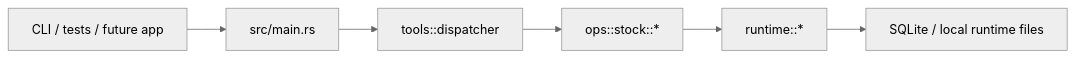
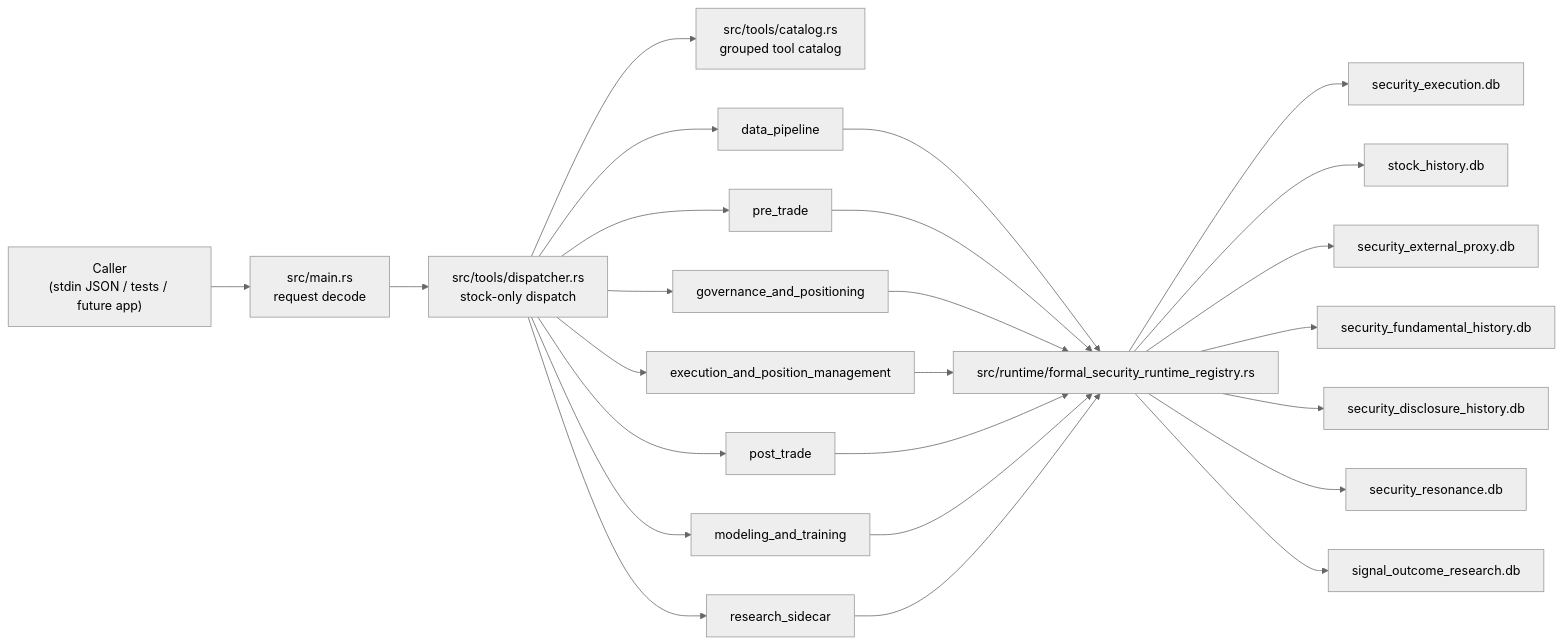
Before and after one commit to wakeskuld1-ctrl/StockMind: the diagram in README.md, drawn with Mermaid (neutral theme). The commit also changed other lines of this file and 44 other files, not shown here.

````diff
--- a/README.md
+++ b/README.md
@@ -9,8 +16,29 @@
 ```mermaid
 flowchart LR
-    Caller["CLI / tests / future app"] --> Main["src/main.rs"]
-    Main --> Dispatcher["tools::dispatcher"]
-    Dispatcher --> Stock["ops::stock::*"]
-    Stock --> Runtime["runtime::*"]
-    Runtime --> DB["SQLite / local runtime files"]
+    Caller["Caller\n(stdin JSON / tests / future app)"] --> Main["src/main.rs\nrequest decode"]
+    Main --> Dispatcher["src/tools/dispatcher.rs\nstock-only dispatch"]
+    Dispatcher --> Catalog["src/tools/catalog.rs\ngrouped tool catalog"]
+    Dispatcher --> Data["data_pipeline"]
+    Dispatcher --> Pre["pre_trade"]
+    Dispatcher --> Gov["governance_and_positioning"]
+    Dispatcher --> Exec["execution_and_position_management"]
+    Dispatcher --> Post["post_trade"]
+    Dispatcher --> Model["modeling_and_training"]
+    Dispatcher --> Sidecar["research_sidecar"]
+
+    Data --> Runtime["src/runtime/formal_security_runtime_registry.rs"]
+    Pre --> Runtime
+    Gov --> Runtime
+    Exec --> Runtime
+    Post --> Runtime
+    Model --> Runtime
+    Sidecar --> Runtime
+
+    Runtime --> ExecDb["security_execution.db"]
+    Runtime --> StockDb["stock_history.db"]
+    Runtime --> ProxyDb["security_external_proxy.db"]
+    Runtime --> FundDb["security_fundamental_history.db"]
+    Runtime --> DiscDb["security_disclosure_history.db"]
+    Runtime --> ResonanceDb["security_resonance.db"]
+    Runtime --> SignalDb["signal_outcome_research.db"]
 ```
````
